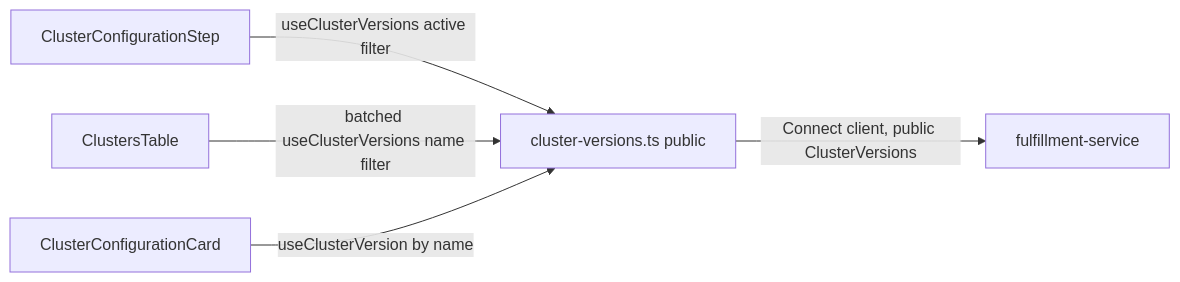
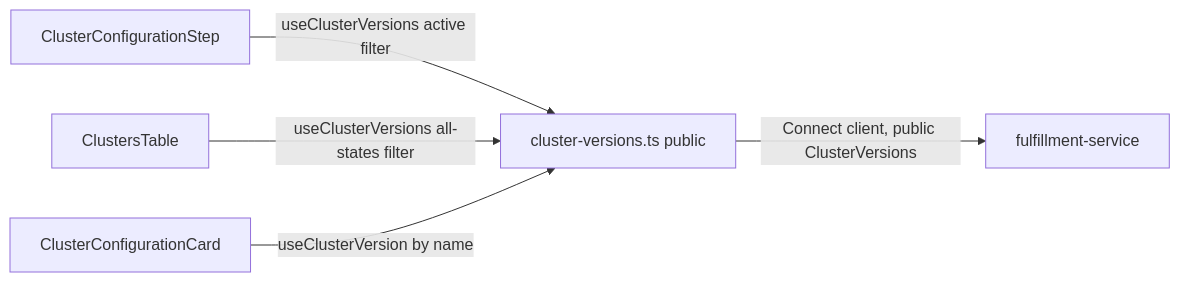
Before and after one commit to osac-project/enhancement-proposals: the diagram in enhancements/OSAC-1269-cluster-version-api/ui-design.md, drawn with Mermaid. The commit also changed other lines of this file, not shown here.

First line of the commit message:
Design OSAC-1269: simplify cluster list version join per batzionb review

````diff
--- a/enhancements/OSAC-1269-cluster-version-api/ui-design.md
+++ b/enhancements/OSAC-1269-cluster-version-api/ui-design.md
@@ -76,7 +76,7 @@
 ```mermaid
 flowchart LR
     Wizard[ClusterConfigurationStep] -->|useClusterVersions active filter| PublicHook[cluster-versions.ts public]
-    ClusterList[ClustersTable] -->|batched useClusterVersions name filter| PublicHook
+    ClusterList[ClustersTable] -->|useClusterVersions all-states filter| PublicHook
     ClusterDetail[ClusterConfigurationCard] -->|useClusterVersion by name| PublicHook
     PublicHook -->|Connect client, public ClusterVersions| API[fulfillment-service]
 ```
````
